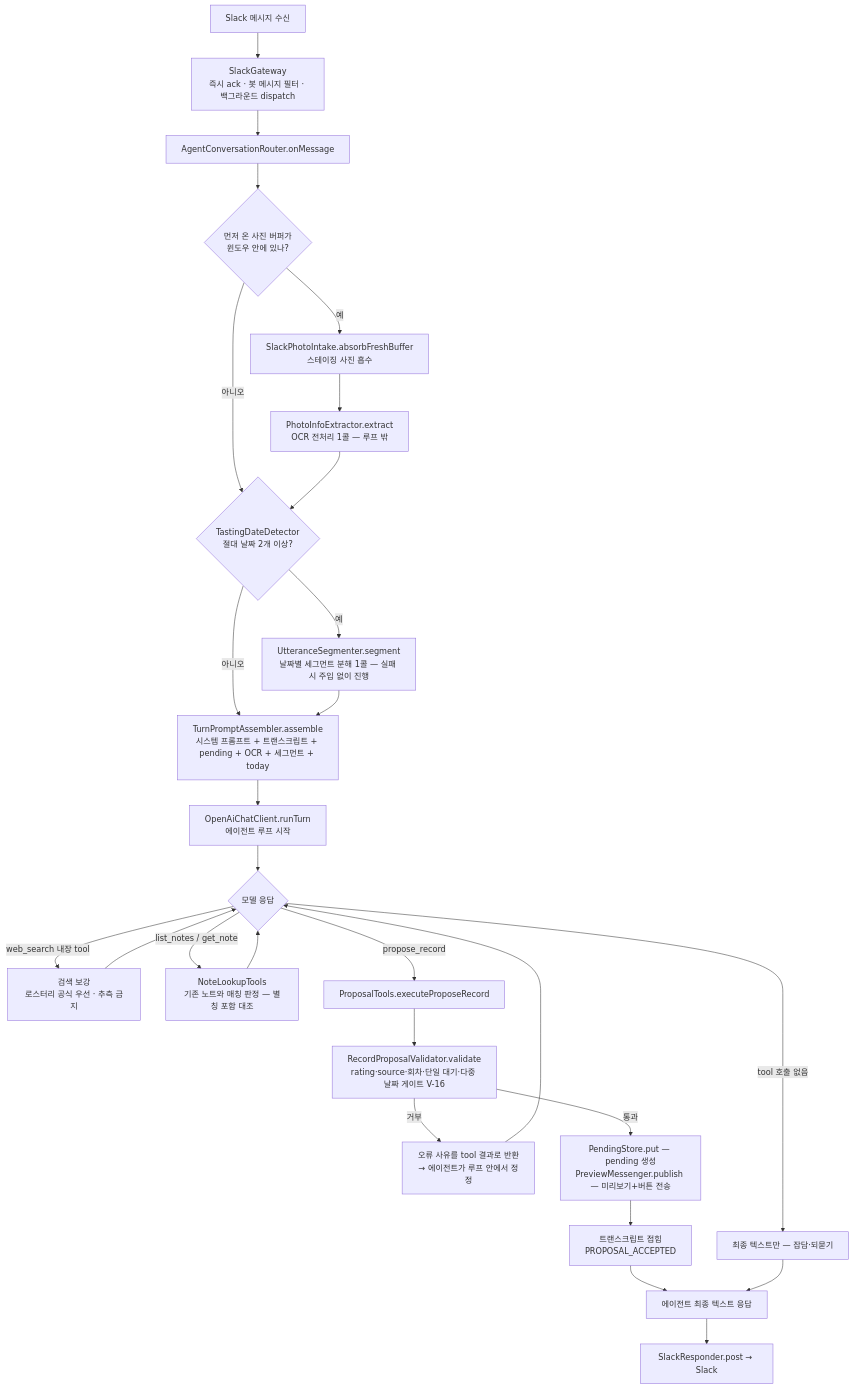
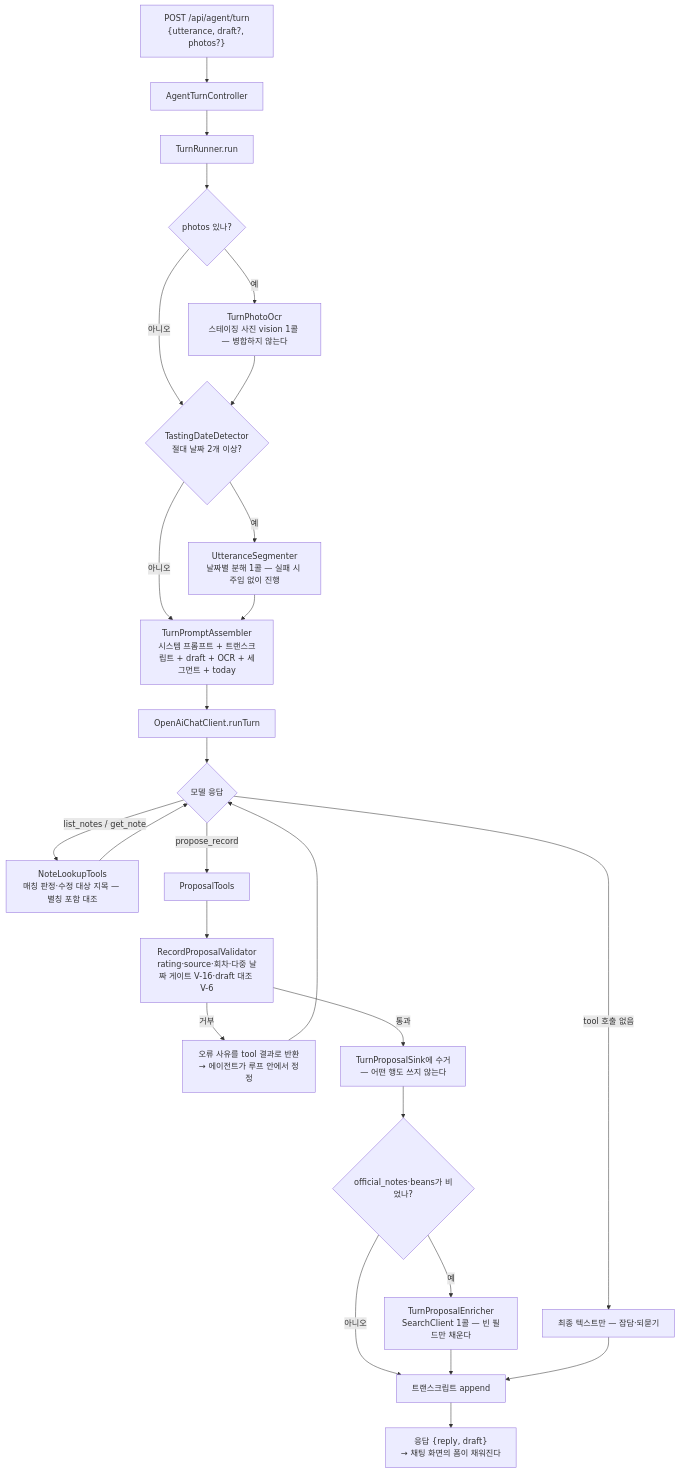
The second of 9 diagrams in docs/architecture-classes-and-flows.md (devwuu/mocha), drawn with Mermaid before and after one commit. The commit also changed other lines of this file and 1 other file, not shown here.

````diff
--- a/docs/architecture-classes-and-flows.md
+++ b/docs/architecture-classes-and-flows.md
@@ -382,28 +407,28 @@
 ```mermaid
 flowchart TB
-    A[Slack 메시지 수신] --> B[SlackGateway<br/>즉시 ack · 봇 메시지 필터 · 백그라운드 dispatch]
-    B --> C[AgentConversationRouter.onMessage]
-    C --> D{먼저 온 사진 버퍼가<br/>윈도우 안에 있나?}
-    D -->|예| E[SlackPhotoIntake.absorbFreshBuffer<br/>스테이징 사진 흡수]
-    E --> F[PhotoInfoExtractor.extract<br/>OCR 전처리 1콜 — 루프 밖]
+    A["POST /api/agent/turn<br/>{utterance, draft?, photos?}"] --> B[AgentTurnController]
+    B --> C[TurnRunner.run]
+    C --> D{photos 있나?}
+    D -->|예| E[TurnPhotoOcr<br/>스테이징 사진 vision 1콜 — 병합하지 않는다]
     D -->|아니오| S
-    F --> S{TastingDateDetector<br/>절대 날짜 2개 이상?}
-    S -->|예| S2[UtteranceSegmenter.segment<br/>날짜별 세그먼트 분해 1콜 — 실패 시 주입 없이 진행]
+    E --> S{TastingDateDetector<br/>절대 날짜 2개 이상?}
+    S -->|예| S2[UtteranceSegmenter<br/>날짜별 분해 1콜 — 실패 시 주입 없이 진행]
     S -->|아니오| G
-    S2 --> G[TurnPromptAssembler.assemble<br/>시스템 프롬프트 + 트랜스크립트 + pending + OCR + 세그먼트 + today]
-    G --> H[OpenAiChatClient.runTurn<br/>에이전트 루프 시작]
+    S2 --> G[TurnPromptAssembler<br/>시스템 프롬프트 + 트랜스크립트 + draft + OCR + 세그먼트 + today]
+    G --> H[OpenAiChatClient.runTurn]
 
     H --> I{모델 응답}
-    I -->|web_search 내장 tool| I2[검색 보강<br/>로스터리 공식 우선 · 추측 금지] --> I
-    I -->|list_notes / get_note| I3[NoteLookupTools<br/>기존 노트와 매칭 판정 — 별칭 포함 대조] --> I
-    I -->|propose_record| J[ProposalTools.executeProposeRecord]
+    I -->|list_notes / get_note| I3[NoteLookupTools<br/>매칭 판정·수정 대상 지목 — 별칭 포함 대조] --> I
+    I -->|propose_record| J[ProposalTools]
     I -->|tool 호출 없음| K[최종 텍스트만 — 잡담·되묻기]
 
-    J --> L[RecordProposalValidator.validate<br/>rating·source·회차·단일 대기·다중 날짜 게이트 V-16]
+    J --> L[RecordProposalValidator<br/>rating·source·회차·다중 날짜 게이트 V-16·draft 대조 V-6]
     L -->|거부| M["오류 사유를 tool 결과로 반환<br/>→ 에이전트가 루프 안에서 정정"] --> I
-    L -->|통과| N[PendingStore.put — pending 생성<br/>PreviewMessenger.publish — 미리보기+버튼 전송]
-    N --> O[트랜스크립트 접힘<br/>PROPOSAL_ACCEPTED]
-    O --> P[에이전트 최종 텍스트 응답]
-    K --> P
-    P --> Q[SlackResponder.post → Slack]
+    L -->|통과| N[TurnProposalSink에 수거<br/>— 어떤 행도 쓰지 않는다]
+    N --> O{official_notes·beans가 비었나?}
+    O -->|예| P[TurnProposalEnricher<br/>SearchClient 1콜 — 빈 필드만 채운다]
+    O -->|아니오| Q
+    P --> Q[트랜스크립트 append]
+    K --> Q
+    Q --> R["응답 {reply, draft}<br/>→ 채팅 화면의 폼이 채워진다"]
 ```
````
